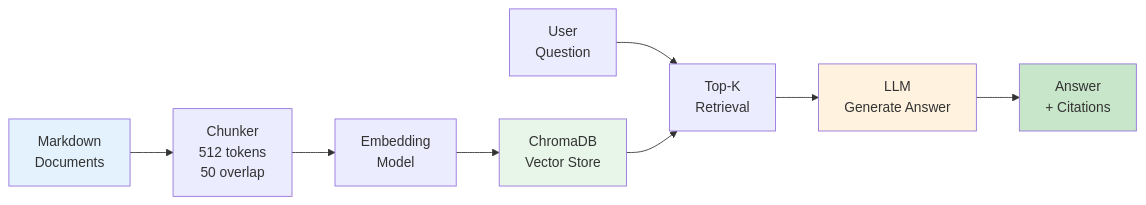
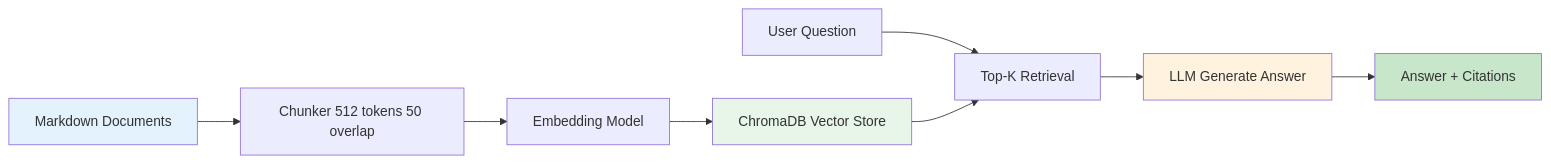
One commit to arctyra-ai/agentic-samples changed the fourth of 9 diagrams in ARCHITECTURE_DIAGRAMS.md. Above: the diagram before and after it, drawn with Mermaid. The commit also changed other lines of this file, not shown here.

Commit message:
Update architecture diagrams formatting

````diff
--- a/ARCHITECTURE_DIAGRAMS.md
+++ b/ARCHITECTURE_DIAGRAMS.md
@@ -98,21 +98,21 @@
 ```mermaid
 graph LR
-    Docs["Markdown\nDocuments"]
-    Chunk["Chunker\n512 tokens\n50 overlap"]
-    Embed["Embedding\nModel"]
-    Store["ChromaDB\nVector Store"]
-    Query["User\nQuestion"]
-    Retrieve["Top-K\nRetrieval"]
-    Generate["LLM\nGenerate Answer"]
-    Answer["Answer\n+ Citations"]
+    Docs["Markdown Documents"]
+    Chunk["Chunker 512 tokens 50 overlap"]
+    Embed["Embedding Model"]
+    Store["ChromaDB Vector Store"]
+    Query["User Question"]
+    Retrieve["Top-K Retrieval"]
+    Generate["LLM Generate Answer"]
+    Answer["Answer + Citations"]
 
     Docs --> Chunk --> Embed --> Store
     Query --> Retrieve
     Store --> Retrieve
     Retrieve --> Generate --> Answer
 
     style Docs fill:#e3f2fd
     style Store fill:#e8f5e9
     style Generate fill:#fff3e0
     style Answer fill:#c8e6c9
 ```
````
